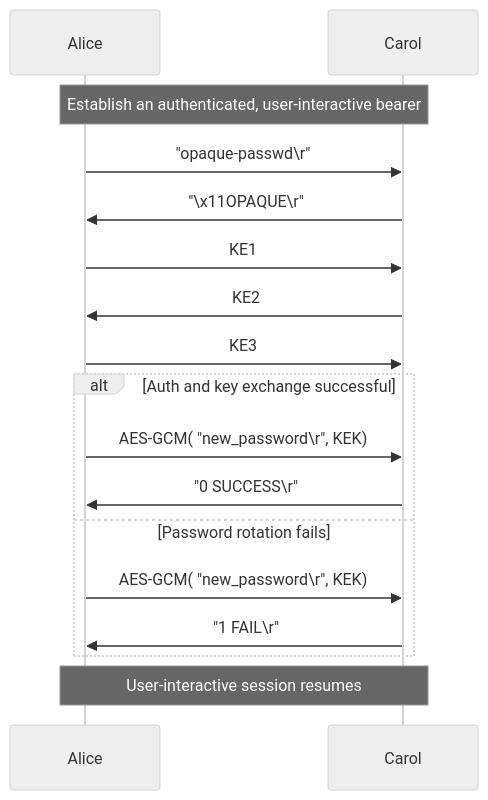
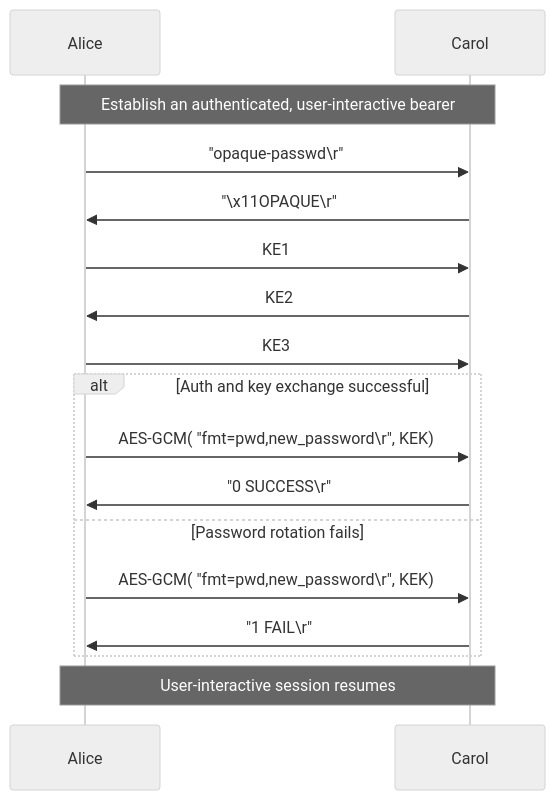
One commit to dscp46/hamsp changed the second of 2 diagrams in README.md. Above: the diagram before and after it, drawn with Mermaid (neutral theme). The commit also changed other lines of this file, not shown here.

````diff
--- a/README.md
+++ b/README.md
@@ -39,18 +39,17 @@
 ```mermaid
-
 sequenceDiagram
     Note over Alice,Carol: Establish an authenticated, user-interactive bearer
     Alice->>Carol: "opaque-passwd\r"
     Carol->>Alice: "\x11OPAQUE\r"
     Alice->>Carol: KE1
     Carol->>Alice: KE2
     Alice->>Carol: KE3
     alt Auth and key exchange successful
-        Alice->>Carol: AES-GCM( "new_password\r", KEK)
+        Alice->>Carol: AES-GCM( "fmt=pwd,new_password\r", KEK)
         Carol->>Alice: "0 SUCCESS\r"
     else Password rotation fails
-        Alice->>Carol: AES-GCM( "new_password\r", KEK)
+        Alice->>Carol: AES-GCM( "fmt=pwd,new_password\r", KEK)
         Carol->>Alice: "1 FAIL\r"
     end
     Note over Alice,Carol: User-interactive session resumes
 ```
````
